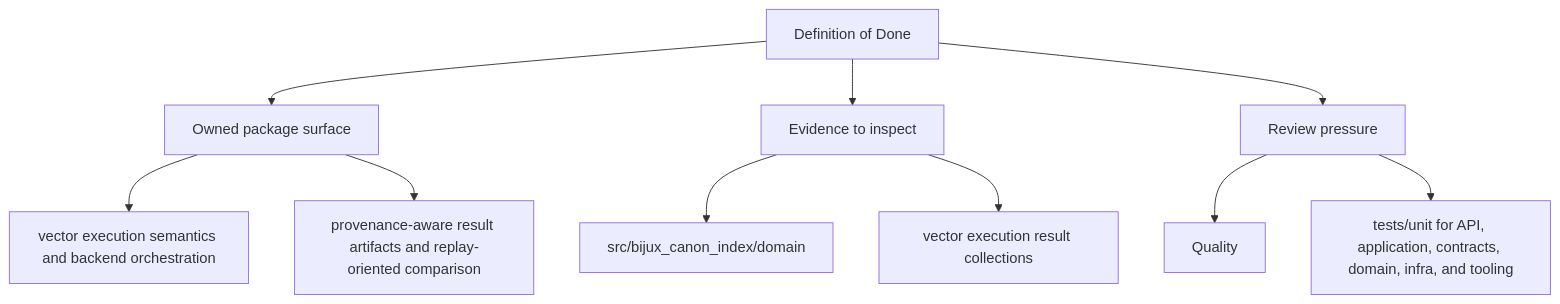
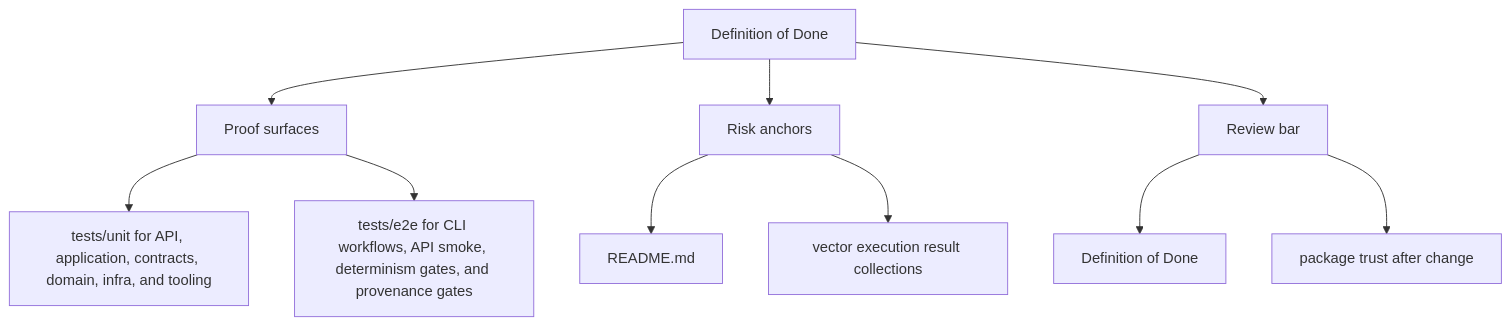
The second of 2 diagrams in docs/bijux-canon-index/quality/definition-of-done.md (bijux/bijux-canon), drawn with Mermaid before and after one commit. The commit also changed other lines of this file and 250 other files, not shown here.

Commit message:
docs(diagrams): make product page maps more readable

````diff
--- a/docs/bijux-canon-index/quality/definition-of-done.md
+++ b/docs/bijux-canon-index/quality/definition-of-done.md
@@ -34,22 +34,22 @@
 ```mermaid
 flowchart TD
     page["Definition of Done"]
-    focus1["Owned package surface"]
+    focus1["Proof surfaces"]
     page --> focus1
-    focus1_1["vector execution semantics and backend orchestration"]
+    focus1_1["tests/unit for API, application, contracts, domain, infra, and tooling"]
     focus1 --> focus1_1
-    focus1_2["provenance-aware result artifacts and replay-oriented comparison"]
+    focus1_2["tests/e2e for CLI workflows, API smoke, determinism gates, and provenance gates"]
     focus1 --> focus1_2
-    focus2["Evidence to inspect"]
+    focus2["Risk anchors"]
     page --> focus2
-    focus2_1["src/bijux_canon_index/domain"]
+    focus2_1["README.md"]
     focus2 --> focus2_1
     focus2_2["vector execution result collections"]
     focus2 --> focus2_2
-    focus3["Review pressure"]
+    focus3["Review bar"]
     page --> focus3
-    focus3_1["Quality"]
+    focus3_1["Definition of Done"]
     focus3 --> focus3_1
-    focus3_2["tests/unit for API, application, contracts, domain, infra, and tooling"]
+    focus3_2["package trust after change"]
     focus3 --> focus3_2
 ```
````
